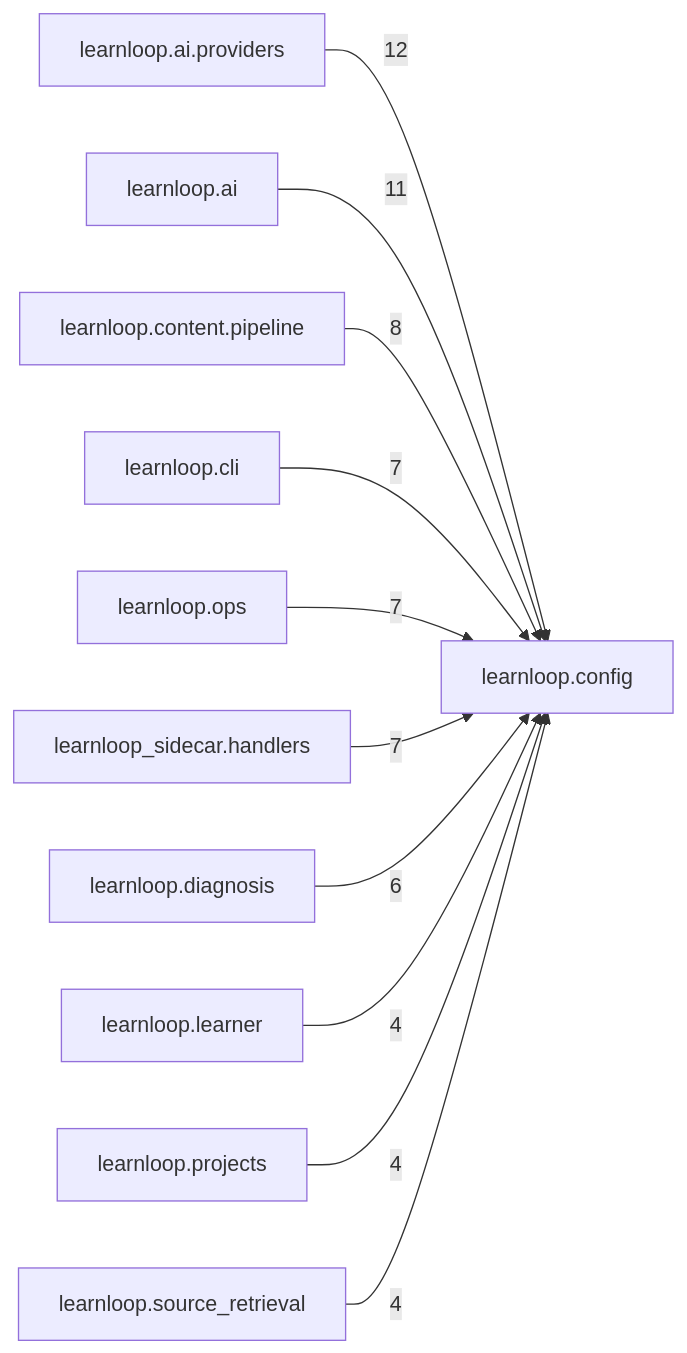
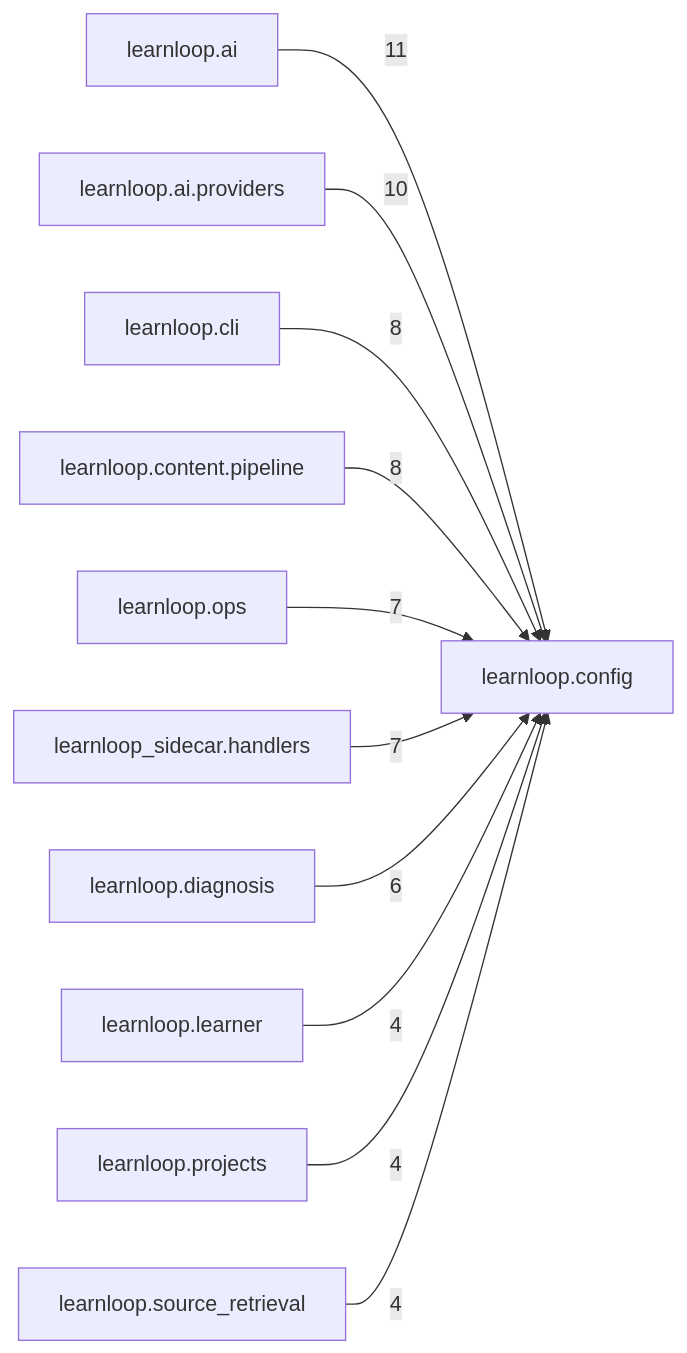
Before and after one commit to 6up-b/learnanything: the diagram in docs/learnloop-architecture-vault/Reference/Modules/learnloop/config/_package.md, drawn with Mermaid. The commit also changed other lines of this file and 182 other files, not shown here.

````diff
--- a/docs/learnloop-architecture-vault/Reference/Modules/learnloop/config/_package.md
+++ b/docs/learnloop-architecture-vault/Reference/Modules/learnloop/config/_package.md
@@ -103,24 +104,24 @@
 ```mermaid
 flowchart LR
     center["learnloop.config"]
+    n_learnloop_ai["learnloop.ai"]
     n_learnloop_ai_providers["learnloop.ai.providers"]
-    n_learnloop_ai["learnloop.ai"]
+    n_learnloop_cli["learnloop.cli"]
     n_learnloop_content_pipeline["learnloop.content.pipeline"]
-    n_learnloop_cli["learnloop.cli"]
     n_learnloop_ops["learnloop.ops"]
     n_learnloop_sidecar_handlers["learnloop_sidecar.handlers"]
     n_learnloop_diagnosis["learnloop.diagnosis"]
     n_learnloop_learner["learnloop.learner"]
     n_learnloop_projects["learnloop.projects"]
     n_learnloop_source_retrieval["learnloop.source_retrieval"]
-    n_learnloop_ai_providers -->|12| center
     n_learnloop_ai -->|11| center
+    n_learnloop_ai_providers -->|10| center
+    n_learnloop_cli -->|8| center
     n_learnloop_content_pipeline -->|8| center
-    n_learnloop_cli -->|7| center
     n_learnloop_ops -->|7| center
     n_learnloop_sidecar_handlers -->|7| center
     n_learnloop_diagnosis -->|6| center
     n_learnloop_learner -->|4| center
     n_learnloop_projects -->|4| center
     n_learnloop_source_retrieval -->|4| center
 ```
````
